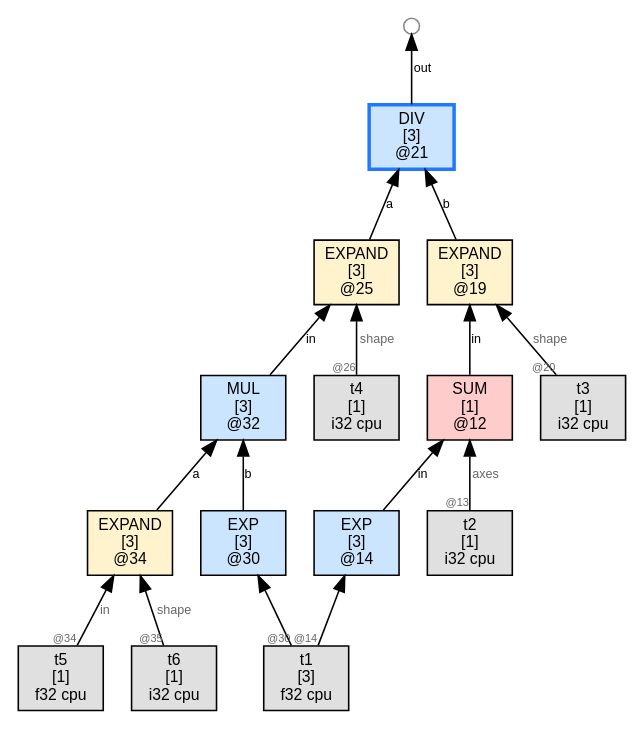
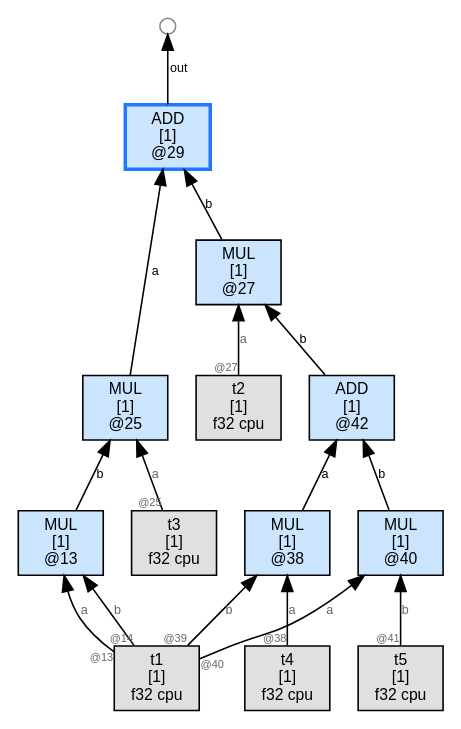
One commit to sw1sh/TinyHVM changed the diagram in wl/examples/thvm_graphs/grad_rules/gradu_poly/thvm_2_post_sweep.dot. Above: the diagram before and after it, drawn with Graphviz. The commit also changed 4 other files, not shown here.

```diff
--- a/wl/examples/thvm_graphs/grad_rules/gradu_poly/thvm_2_post_sweep.dot
+++ b/wl/examples/thvm_graphs/grad_rules/gradu_poly/thvm_2_post_sweep.dot
@@ -1,36 +1,34 @@
 digraph G {
   rankdir=BT;
   node [fontname="Helvetica", fontsize=10, style=filled, shape=box, margin="0.1,0.05"];
   edge [fontsize=8, fontname="Helvetica"];
 
-  n14 [label="EXP\n[3]\n@14", shape=box, fillcolor="#cce5ff"];
-  t1 [label="t1\n[3]\nf32 cpu",shape=box,fillcolor="#e0e0e0"];
-  t1 -> n14 [label="",taillabel="@14",labelfontsize=7,fontcolor="#666666"];
-  n21 [label="DIV\n[3]\n@21", shape=box, fillcolor="#cce5ff",color="#1f78ff",penwidth=2.2];
-  n25 -> n21 [label="a"];
-  n19 -> n21 [label="b"];
-  free21_1000 [label="",shape=circle,width=0.14,height=0.14,fixedsize=true,fillcolor="#ffffff",color="#888888",fontsize=1];
-  n21 -> free21_1000 [label="out"];
-  n12 [label="SUM\n[1]\n@12", shape=box, fillcolor="#ffcccc"];
-  n14 -> n12 [label="in"];
-  t2 [label="t2\n[1]\ni32 cpu",shape=box,fillcolor="#e0e0e0"];
-  t2 -> n12 [label="axes",taillabel="@13",labelfontsize=7,fontcolor="#666666"];
-  n25 [label="EXPAND\n[3]\n@25", shape=box, fillcolor="#fff3cd"];
-  n32 -> n25 [label="in"];
-  t4 [label="t4\n[1]\ni32 cpu",shape=box,fillcolor="#e0e0e0"];
-  t4 -> n25 [label="shape",taillabel="@26",labelfontsize=7,fontcolor="#666666"];
-  n19 [label="EXPAND\n[3]\n@19", shape=box, fillcolor="#fff3cd"];
-  n12 -> n19 [label="in"];
-  t3 [label="t3\n[1]\ni32 cpu",shape=box,fillcolor="#e0e0e0"];
-  t3 -> n19 [label="shape",taillabel="@20",labelfontsize=7,fontcolor="#666666"];
-  n32 [label="MUL\n[3]\n@32", shape=box, fillcolor="#cce5ff"];
-  n34 -> n32 [label="a"];
-  n30 -> n32 [label="b"];
-  n34 [label="EXPAND\n[3]\n@34", shape=box, fillcolor="#fff3cd"];
+  n29 [label="ADD\n[1]\n@29", shape=box, fillcolor="#cce5ff",color="#1f78ff",penwidth=2.2];
+  n25 -> n29 [label="a"];
+  n27 -> n29 [label="b"];
+  free29_1000 [label="",shape=circle,width=0.14,height=0.14,fixedsize=true,fillcolor="#ffffff",color="#888888",fontsize=1];
+  n29 -> free29_1000 [label="out"];
+  n13 [label="MUL\n[1]\n@13", shape=box, fillcolor="#cce5ff"];
+  t1 [label="t1\n[1]\nf32 cpu",shape=box,fillcolor="#e0e0e0"];
+  t1 -> n13 [label="a",taillabel="@13",labelfontsize=7,fontcolor="#666666"];
+  t1 -> n13 [label="b",taillabel="@14",labelfontsize=7,fontcolor="#666666"];
+  n42 [label="ADD\n[1]\n@42", shape=box, fillcolor="#cce5ff"];
+  n38 -> n42 [label="a"];
+  n40 -> n42 [label="b"];
+  n25 [label="MUL\n[1]\n@25", shape=box, fillcolor="#cce5ff"];
+  t3 [label="t3\n[1]\nf32 cpu",shape=box,fillcolor="#e0e0e0"];
+  t3 -> n25 [label="a",taillabel="@25",labelfontsize=7,fontcolor="#666666"];
+  n13 -> n25 [label="b"];
+  n27 [label="MUL\n[1]\n@27", shape=box, fillcolor="#cce5ff"];
+  t2 [label="t2\n[1]\nf32 cpu",shape=box,fillcolor="#e0e0e0"];
+  t2 -> n27 [label="a",taillabel="@27",labelfontsize=7,fontcolor="#666666"];
+  n42 -> n27 [label="b"];
+  n38 [label="MUL\n[1]\n@38", shape=box, fillcolor="#cce5ff"];
+  t4 [label="t4\n[1]\nf32 cpu",shape=box,fillcolor="#e0e0e0"];
+  t4 -> n38 [label="a",taillabel="@38",labelfontsize=7,fontcolor="#666666"];
+  t1 -> n38 [label="b",taillabel="@39",labelfontsize=7,fontcolor="#666666"];
+  n40 [label="MUL\n[1]\n@40", shape=box, fillcolor="#cce5ff"];
+  t1 -> n40 [label="a",taillabel="@40",labelfontsize=7,fontcolor="#666666"];
   t5 [label="t5\n[1]\nf32 cpu",shape=box,fillcolor="#e0e0e0"];
-  t5 -> n34 [label="in",taillabel="@34",labelfontsize=7,fontcolor="#666666"];
-  t6 [label="t6\n[1]\ni32 cpu",shape=box,fillcolor="#e0e0e0"];
-  t6 -> n34 [label="shape",taillabel="@35",labelfontsize=7,fontcolor="#666666"];
-  n30 [label="EXP\n[3]\n@30", shape=box, fillcolor="#cce5ff"];
-  t1 -> n30 [label="",taillabel="@30",labelfontsize=7,fontcolor="#666666"];
+  t5 -> n40 [label="b",taillabel="@41",labelfontsize=7,fontcolor="#666666"];
 }
```
